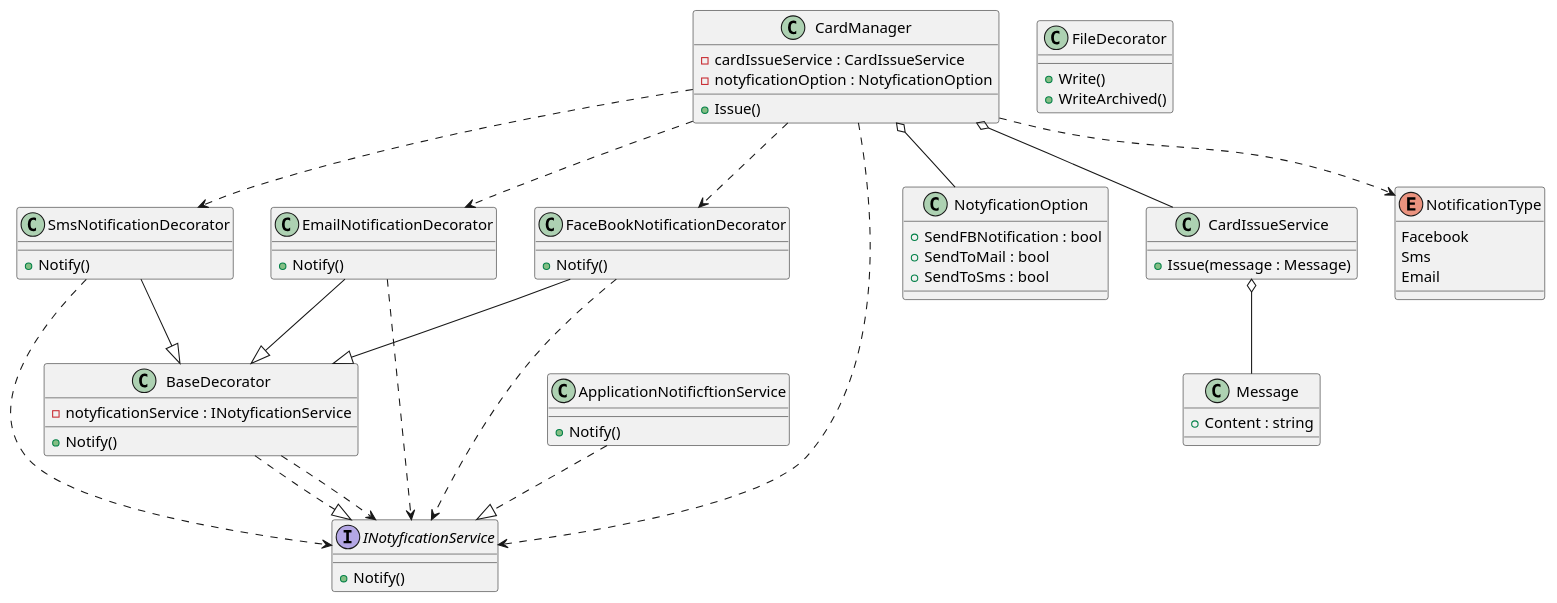
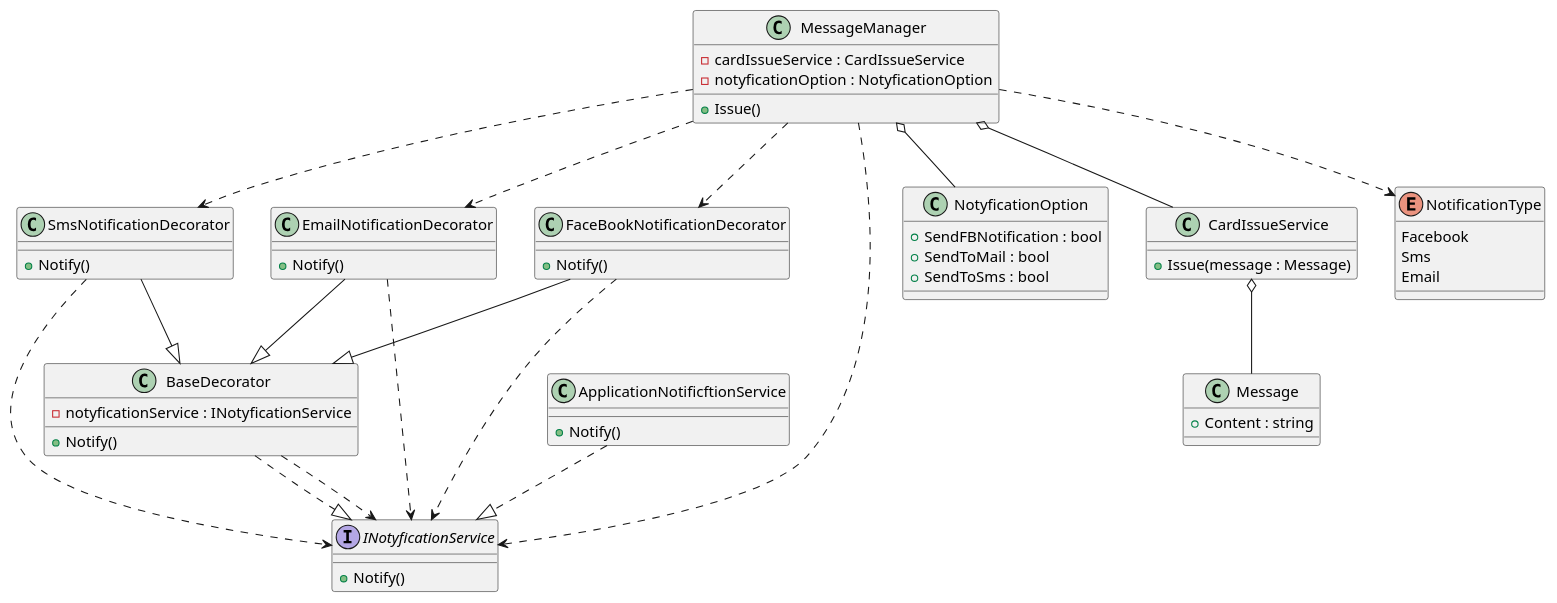
The diagram in Addapter/Decorator/diagram.puml (NikitaShchegolev/StructuralPattern), drawn with PlantUML before and after one commit. The commit also changed 10 other files, not shown here.

```diff
--- a/Addapter/Decorator/diagram.puml
+++ b/Addapter/Decorator/diagram.puml
@@ -1,94 +1,89 @@
 @startuml
 ' Декоратор - это структурный паттерн проектирования, который позволяет динамически добавлять объектам новую функциональность, оборачивая их в полезные «обёртки».
 ' В данном примере реализован паттерн Декоратор для отправки уведомлений различными способами (Email, SMS, Facebook).
 
 ' Интерфейс сервиса уведомлений
 interface INotyficationService {
     +Notify()
 }
 
 ' Базовый декоратор, реализующий интерфейс INotyficationService
 class BaseDecorator {
     -notyficationService : INotyficationService
     +Notify()
 }
 
 ' Конкретная реализация сервиса уведомлений через приложение
 class ApplicationNotificftionService {
     +Notify()
 }
 
 ' Декораторы для различных типов уведомлений
 class EmailNotificationDecorator {
     +Notify()
 }
 
 class FaceBookNotificationDecorator {
     +Notify()
 }
 
 class SmsNotificationDecorator {
     +Notify()
 }
 
-' Класс для работы с файлами
-class FileDecorator {
-    +Write()
-    +WriteArchived()
-}
 
 ' Класс для настройки уведомлений
 class NotyficationOption {
     +SendFBNotification : bool
     +SendToMail : bool
     +SendToSms : bool
 }
 
 ' Класс для выпуска карт
 class CardIssueService {
     +Issue(message : Message)
 }
 
 ' Класс для управления картами
-class CardManager {
+class MessageManager {
     -cardIssueService : CardIssueService
     -notyficationOption : NotyficationOption
     +Issue()
 }
 
 ' Класс сообщения
 class Message {
     +Content : string
 }
 
 ' Перечисление типов уведомлений
 enum NotificationType {
     Facebook
     Sms
     Email
 }
 
 ' Отношения наследования
 BaseDecorator ..|> INotyficationService
 ApplicationNotificftionService ..|> INotyficationService
 EmailNotificationDecorator --|> BaseDecorator
 FaceBookNotificationDecorator --|> BaseDecorator
 SmsNotificationDecorator --|> BaseDecorator
 
 ' Отношения композиции
-CardManager o-- CardIssueService
-CardManager o-- NotyficationOption
+MessageManager o-- CardIssueService
+MessageManager o-- NotyficationOption
 CardIssueService o-- Message
 
 ' Отношения зависимости
-CardManager ..> INotyficationService
-CardManager ..> NotificationType
-CardManager ..> EmailNotificationDecorator
-CardManager ..> FaceBookNotificationDecorator
-CardManager ..> SmsNotificationDecorator
+MessageManager ..> INotyficationService
+MessageManager ..> NotificationType
+MessageManager ..> EmailNotificationDecorator
+MessageManager ..> FaceBookNotificationDecorator
+MessageManager ..> SmsNotificationDecorator
 EmailNotificationDecorator ..> INotyficationService
 FaceBookNotificationDecorator ..> INotyficationService
 SmsNotificationDecorator ..> INotyficationService
 BaseDecorator ..> INotyficationService
 
 @enduml
```
